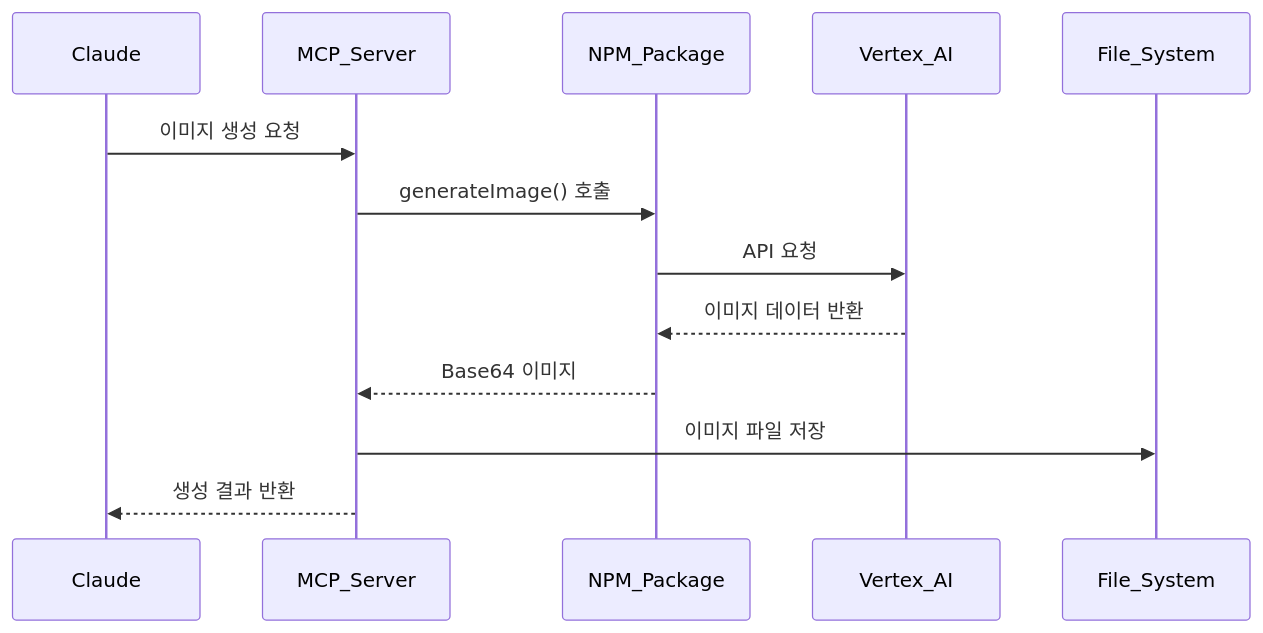
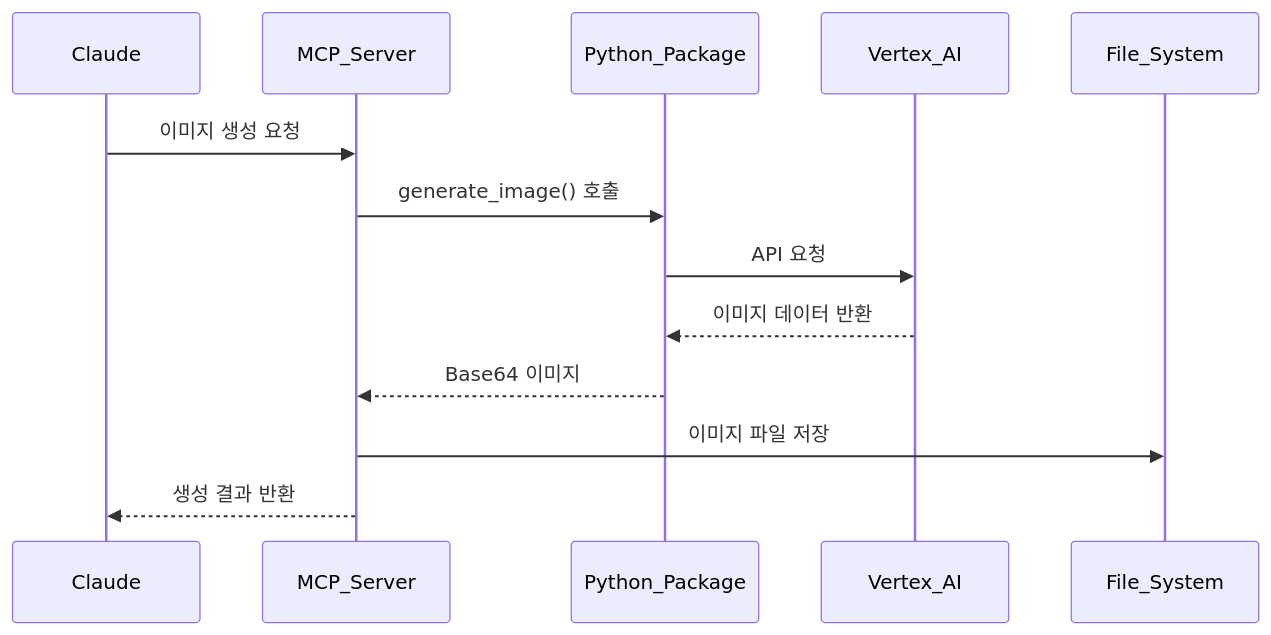
Before and after one commit to realcoding2003/realcoding.github.io: the third of 5 diagrams in _posts/2025-06-07-vertex-ai-imagen-mcp-blog-automation.md, drawn with Mermaid. The commit also changed other lines of this file, not shown here.

First line of the commit message:
Vertex AI Imagen 문서 업데이트 및 Python 패키지로 전환

````diff
--- a/_posts/2025-06-07-vertex-ai-imagen-mcp-blog-automation.md
+++ b/_posts/2025-06-07-vertex-ai-imagen-mcp-blog-automation.md
@@ -159,16 +227,16 @@
 ```mermaid
 sequenceDiagram
     participant Claude
     participant MCP_Server
-    participant NPM_Package
+    participant Python_Package
     participant Vertex_AI
     participant File_System
     
     Claude->>MCP_Server: 이미지 생성 요청
-    MCP_Server->>NPM_Package: generateImage() 호출
-    NPM_Package->>Vertex_AI: API 요청
-    Vertex_AI-->>NPM_Package: 이미지 데이터 반환
-    NPM_Package-->>MCP_Server: Base64 이미지
+    MCP_Server->>Python_Package: generate_image() 호출
+    Python_Package->>Vertex_AI: API 요청
+    Vertex_AI-->>Python_Package: 이미지 데이터 반환
+    Python_Package-->>MCP_Server: Base64 이미지
     MCP_Server->>File_System: 이미지 파일 저장
     MCP_Server-->>Claude: 생성 결과 반환
 ```
````
